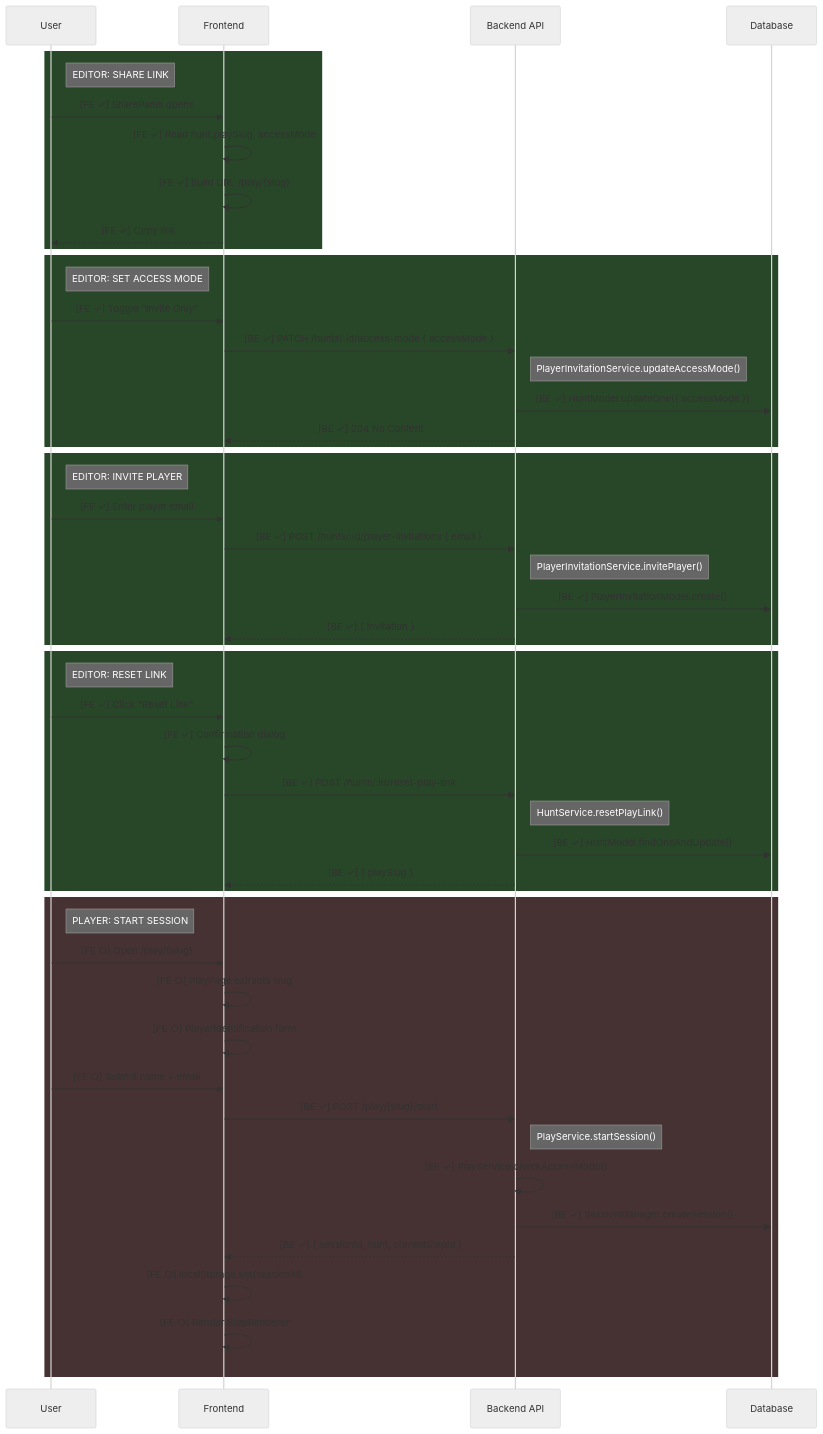
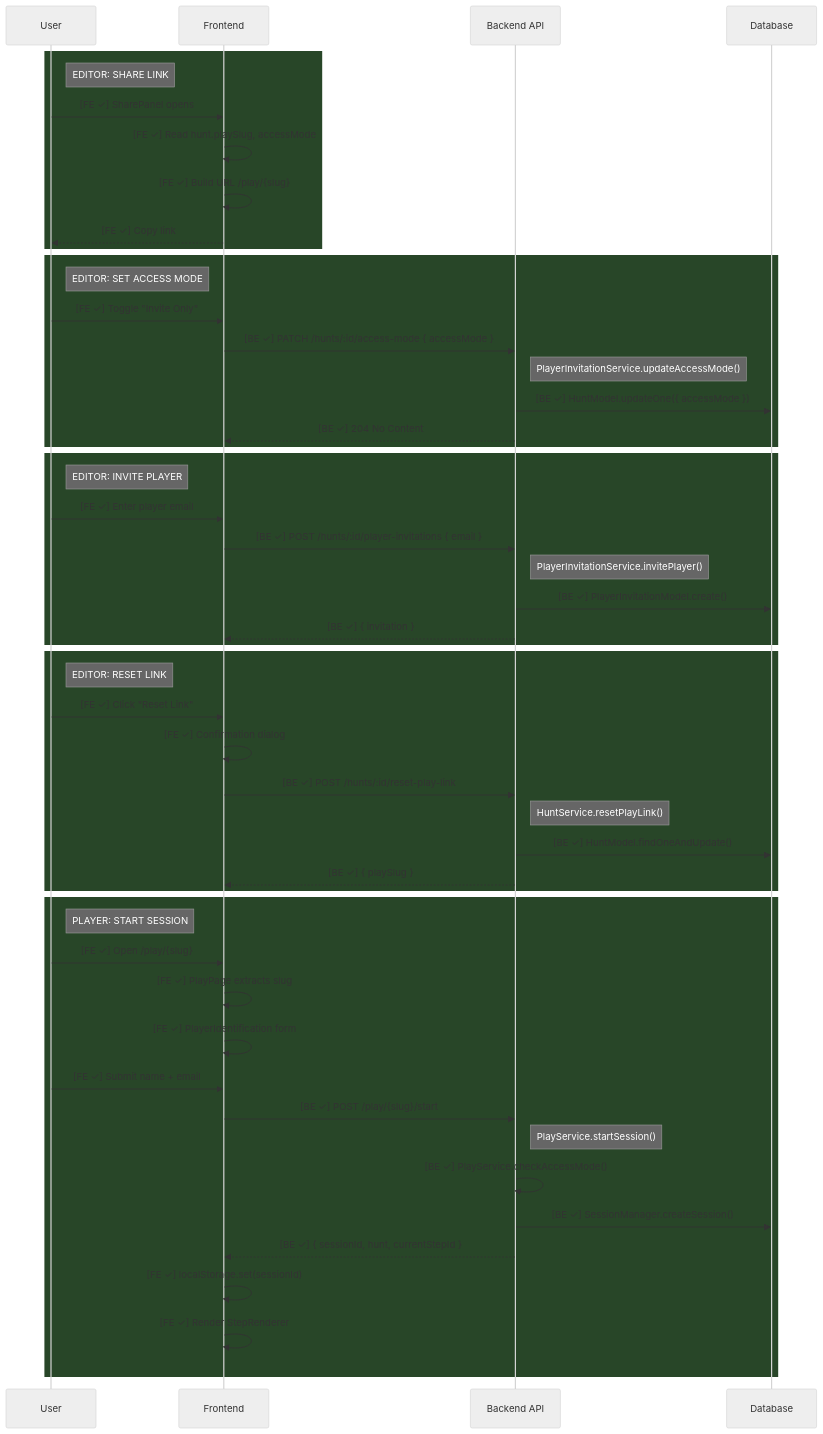
Before and after one commit to catalinleca/HuntHub: the first of 2 diagrams in .claude/features/play-link-sharing.md, drawn with Mermaid (neutral theme). The commit also changed other lines of this file and 4 other files, not shown here.

````diff
--- a/.claude/features/play-link-sharing.md
+++ b/.claude/features/play-link-sharing.md
@@ -33,58 +40,58 @@
 ```mermaid
 sequenceDiagram
     participant U as User
     participant FE as Frontend
     participant API as Backend API
     participant DB as Database
 
     rect rgb(40, 70, 40)
     Note right of U: EDITOR: SHARE LINK
     U->>FE: [FE ✓] SharePanel opens
     FE->>FE: [FE ✓] Read hunt.playSlug, accessMode
     FE->>FE: [FE ✓] Build URL /play/{slug}
     FE-->>U: [FE ✓] Copy link
     end
 
     rect rgb(40, 70, 40)
     Note right of U: EDITOR: SET ACCESS MODE
     U->>FE: [FE ✓] Toggle "Invite Only"
     FE->>API: [BE ✓] PATCH /hunts/:id/access-mode { accessMode }
     Note right of API: PlayerInvitationService.updateAccessMode()
     API->>DB: [BE ✓] HuntModel.updateOne({ accessMode })
     API-->>FE: [BE ✓] 204 No Content
     end
 
     rect rgb(40, 70, 40)
     Note right of U: EDITOR: INVITE PLAYER
     U->>FE: [FE ✓] Enter player email
     FE->>API: [BE ✓] POST /hunts/:id/player-invitations { email }
     Note right of API: PlayerInvitationService.invitePlayer()
     API->>DB: [BE ✓] PlayerInvitationModel.create()
     API-->>FE: [BE ✓] { invitation }
     end
 
     rect rgb(40, 70, 40)
     Note right of U: EDITOR: RESET LINK
     U->>FE: [FE ✓] Click "Reset Link"
     FE->>FE: [FE ✓] Confirmation dialog
     FE->>API: [BE ✓] POST /hunts/:id/reset-play-link
     Note right of API: HuntService.resetPlayLink()
     API->>DB: [BE ✓] HuntModel.findOneAndUpdate()
     API-->>FE: [BE ✓] { playSlug }
     end
 
-    rect rgb(70, 50, 50)
+    rect rgb(40, 70, 40)
     Note right of U: PLAYER: START SESSION
-    U->>FE: [FE ○] Open /play/{slug}
-    FE->>FE: [FE ○] PlayPage extracts slug
-    FE->>FE: [FE ○] PlayerIdentification form
-    U->>FE: [FE ○] Submit name + email
+    U->>FE: [FE ✓] Open /play/{slug}
+    FE->>FE: [FE ✓] PlayPage extracts slug
+    FE->>FE: [FE ✓] PlayerIdentification form
+    U->>FE: [FE ✓] Submit name + email
     FE->>API: [BE ✓] POST /play/{slug}/start
     Note right of API: PlayService.startSession()
     API->>API: [BE ✓] PlayService.checkAccessMode()
     API->>DB: [BE ✓] SessionManager.createSession()
     API-->>FE: [BE ✓] { sessionId, hunt, currentStepId }
-    FE->>FE: [FE ○] localStorage.set(sessionId)
-    FE->>FE: [FE ○] Render StepRenderer
+    FE->>FE: [FE ✓] localStorage.set(sessionId)
+    FE->>FE: [FE ✓] Render StepRenderer
     end
 ```
````
